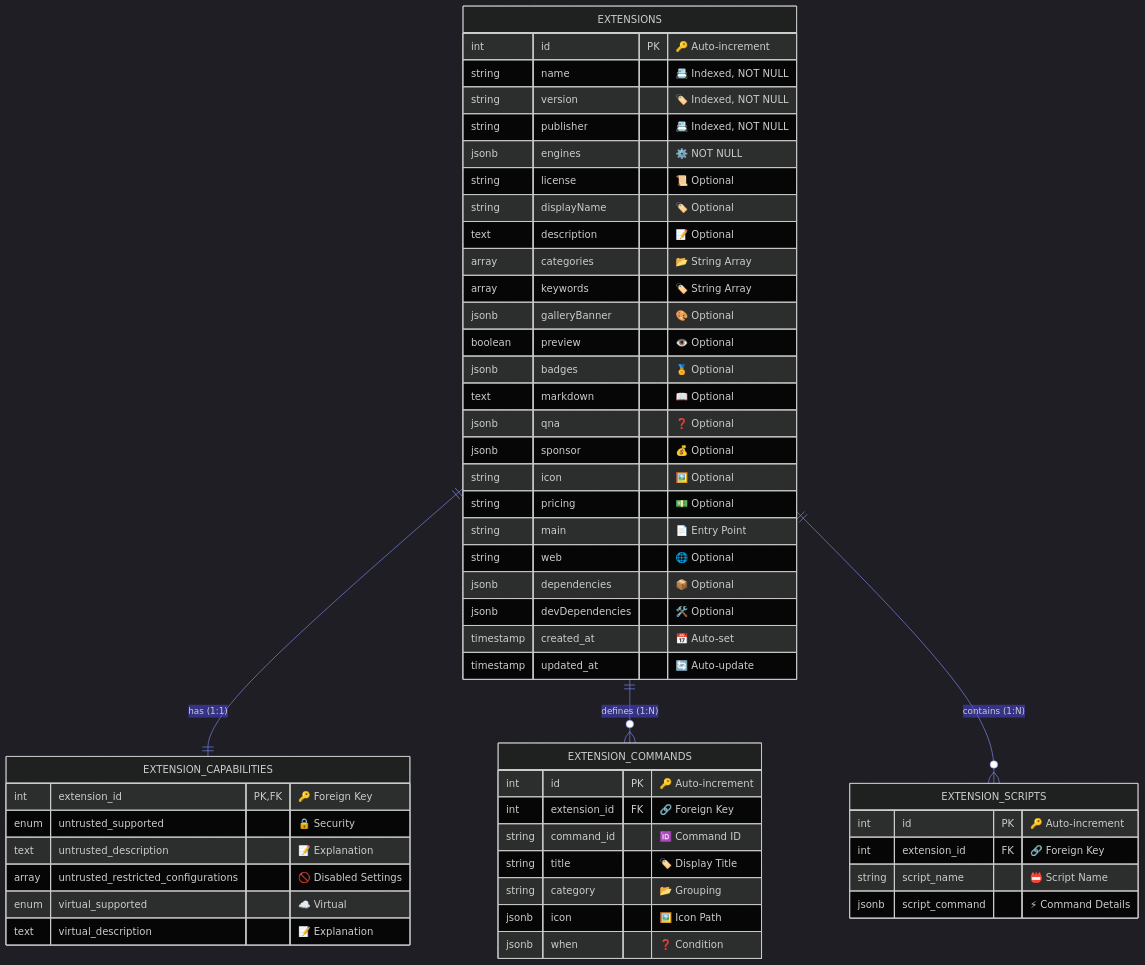
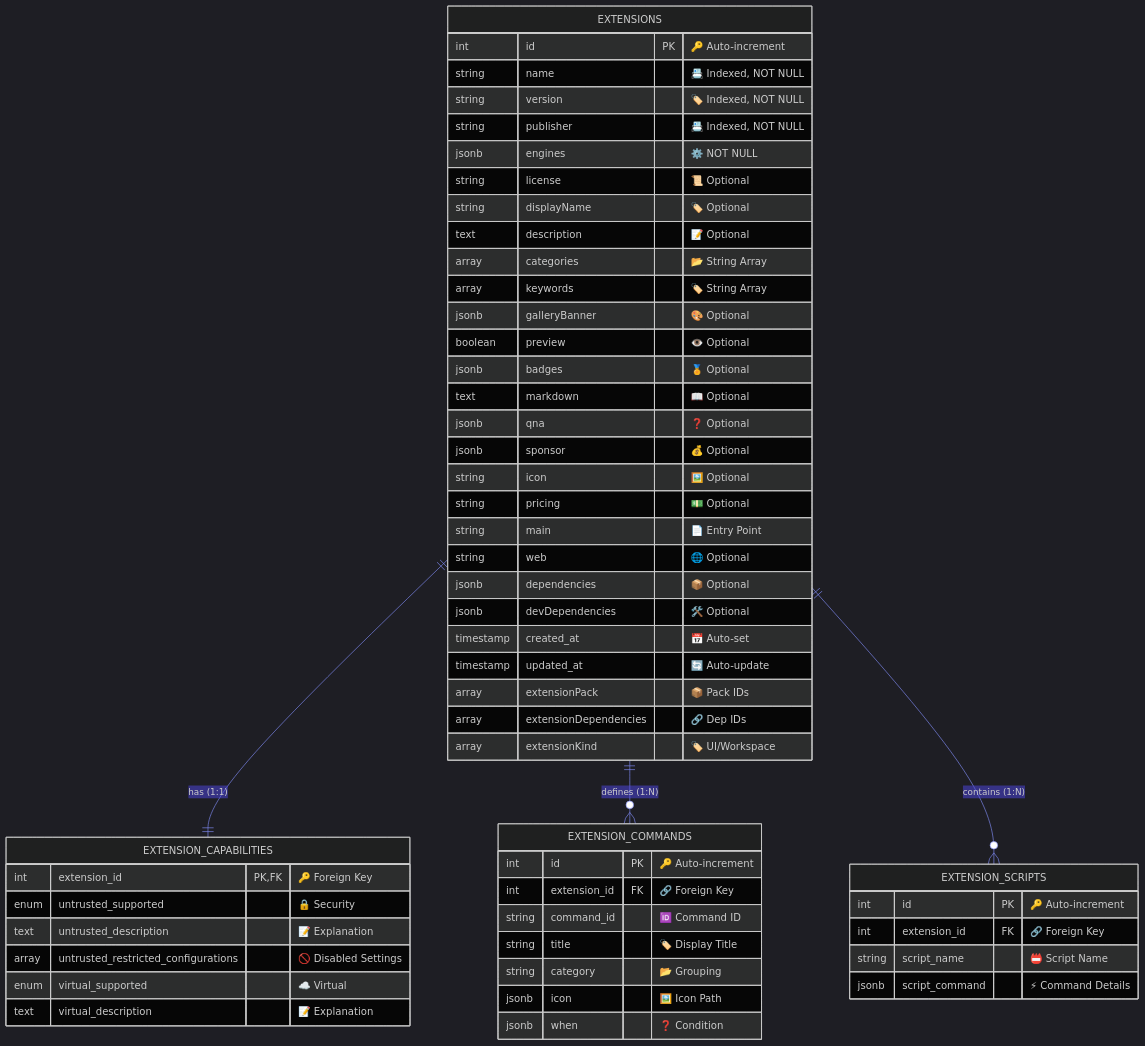
The eighth of 14 diagrams in documents/ARCHITECTURE.md (Ekremunalytu/automation_enviroment), drawn with Mermaid before and after one commit. The commit also changed 9 other files, not shown here.

Commit message:
extensionKind, extensionDependencies and extensionPack columns added to extension table

````diff
--- a/documents/ARCHITECTURE.md
+++ b/documents/ARCHITECTURE.md
@@ -427,60 +427,63 @@
 ```mermaid
 %%{init: {'theme': 'dark', 'themeVariables': { 'background': '#0d1117', 'primaryColor': '#3b82f6', 'primaryTextColor': '#e6edf3', 'lineColor': '#818cf8', 'tertiaryColor': '#4f46e5', 'attributeBackgroundColorEven': '#161b22', 'attributeBackgroundColorOdd': '#21262d'}}}%%
 erDiagram
     EXTENSIONS ||--|| EXTENSION_CAPABILITIES : "has (1:1)"
     EXTENSIONS ||--o{ EXTENSION_COMMANDS : "defines (1:N)"
     EXTENSIONS ||--o{ EXTENSION_SCRIPTS : "contains (1:N)"
 
     EXTENSIONS {
         int id PK "🔑 Auto-increment"
         string name "📇 Indexed, NOT NULL"
         string version "🏷️ Indexed, NOT NULL"
         string publisher "📇 Indexed, NOT NULL"
         jsonb engines "⚙️ NOT NULL"
         string license "📜 Optional"
         string displayName "🏷️ Optional"
         text description "📝 Optional"
         array categories "📂 String Array"
         array keywords "🏷️ String Array"
         jsonb galleryBanner "🎨 Optional"
         boolean preview "👁️ Optional"
         jsonb badges "🏅 Optional"
         text markdown "📖 Optional"
         jsonb qna "❓ Optional"
         jsonb sponsor "💰 Optional"
         string icon "🖼️ Optional"
         string pricing "💵 Optional"
         string main "📄 Entry Point"
         string web "🌐 Optional"
         jsonb dependencies "📦 Optional"
         jsonb devDependencies "🛠️ Optional"
         timestamp created_at "📅 Auto-set"
         timestamp updated_at "🔄 Auto-update"
+        array extensionPack "📦 Pack IDs"
+        array extensionDependencies "🔗 Dep IDs"
+        array extensionKind "🏷️ UI/Workspace"
     }
 
     EXTENSION_CAPABILITIES {
         int extension_id PK,FK "🔑 Foreign Key"
         enum untrusted_supported "🔒 Security"
         text untrusted_description "📝 Explanation"
         array untrusted_restricted_configurations "🚫 Disabled Settings"
         enum virtual_supported "☁️ Virtual"
         text virtual_description "📝 Explanation"
     }
 
     EXTENSION_COMMANDS {
         int id PK "🔑 Auto-increment"
         int extension_id FK "🔗 Foreign Key"
         string command_id "🆔 Command ID"
         string title "🏷️ Display Title"
         string category "📂 Grouping"
         jsonb icon "🖼️ Icon Path"
         jsonb when "❓ Condition"
     }
 
     EXTENSION_SCRIPTS {
         int id PK "🔑 Auto-increment"
         int extension_id FK "🔗 Foreign Key"
         string script_name "📛 Script Name"
         jsonb script_command "⚡ Command Details"
     }
 ```
````
